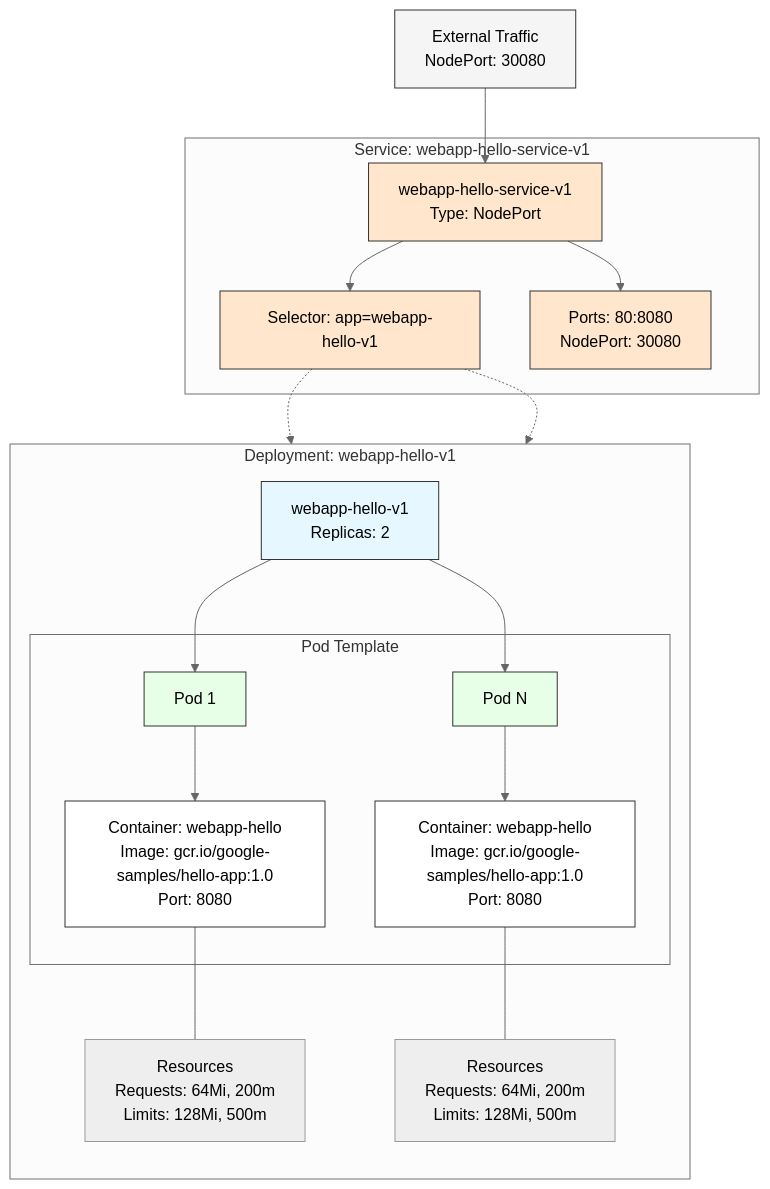
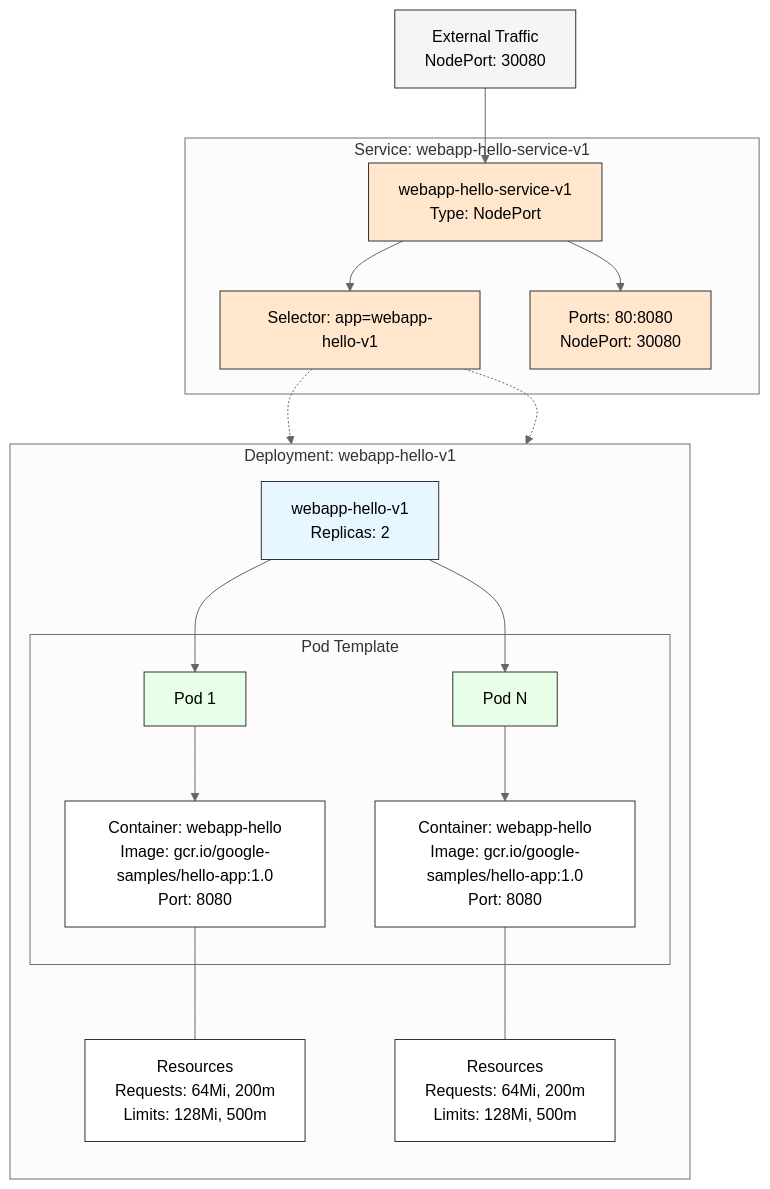
Before and after one commit to alegarciadelrio/kubernetes: the diagram in nginx-with-service/README.md, drawn with Mermaid (neutral theme). The commit also changed other lines of this file, not shown here.

Commit message:
docs: Add diagram documentation.

````diff
--- a/nginx-with-service/README.md
+++ b/nginx-with-service/README.md
@@ -2,43 +3,45 @@
 ```mermaid
 flowchart TD
     %% External traffic at the top
     extTraffic[External Traffic\nNodePort: 30080] --> svc
     
     %% Service at the top
     subgraph "Service: webapp-hello-service-v1"
         svc[webapp-hello-service-v1\nType: NodePort] --> sel[Selector: app=webapp-hello-v1]
         svc --> portMap[Ports: 80:8080\nNodePort: 30080]
     end
     
     %% Connection between Service and Pods
     sel -.-> pod1
     sel -.-> podN
     
     subgraph "Deployment: webapp-hello-v1"
         direction TB
         dep[webapp-hello-v1\nReplicas: 2] --> pod1[Pod 1]
         dep --> podN[Pod N]
         
         subgraph "Pod Template"
             pod1 --> cont1[Container: webapp-hello\nImage: gcr.io/google-samples/hello-app:1.0\nPort: 8080]
             podN --> contN[Container: webapp-hello\nImage: gcr.io/google-samples/hello-app:1.0\nPort: 8080]
         end
         
         classDef resources fill:#ffffff,stroke:#333,stroke-width:1px
         class cont1,contN resources
         
         %% Resources
         cont1 --- res1[Resources\nRequests: 64Mi, 200m\nLimits: 128Mi, 500m]
         contN --- resN[Resources\nRequests: 64Mi, 200m\nLimits: 128Mi, 500m]
     end
     
-    classDef deployment fill:#e6f7ff,stroke:#333,stroke-width:1px
-    classDef service fill:#ffe6cc,stroke:#333,stroke-width:1px
-    classDef pod fill:#e6ffe6,stroke:#333,stroke-width:1px
-    classDef traffic fill:#f5f5f5,stroke:#333,stroke-width:1px
+    classDef deployment fill:#e6f7ff,stroke:#333,stroke-width:1px,color:#000000
+    classDef service fill:#ffe6cc,stroke:#333,stroke-width:1px,color:#000000
+    classDef pod fill:#e6ffe6,stroke:#333,stroke-width:1px,color:#000000
+    classDef traffic fill:#f5f5f5,stroke:#333,stroke-width:1px,color:#000000
+    classDef resources fill:#ffffff,stroke:#333,stroke-width:1px,color:#000000
     
     class dep deployment
     class svc,sel,portMap service
     class pod1,podN pod
     class extTraffic traffic
+    class res1,resN resources
 ```
````
